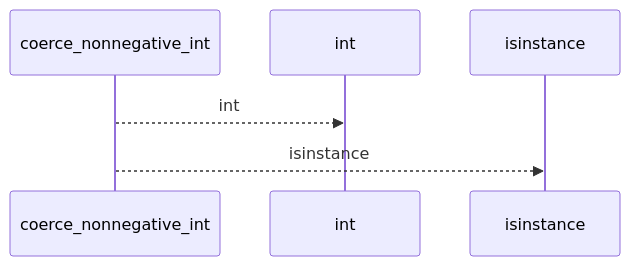
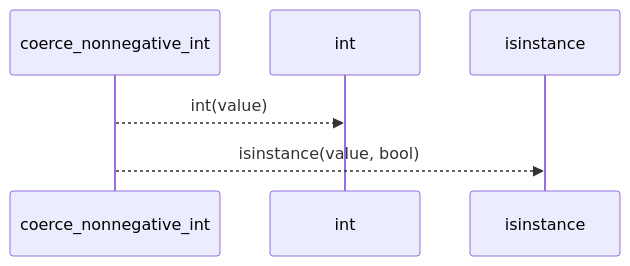
The first of 2 diagrams in docs/llm_wiki/flows/api-coerce_nonnegative_int.md (Denissvgn/python-wiki-llm), drawn with Mermaid before and after one commit. The commit also changed other lines of this file and 1410 other files, not shown here.

````diff
--- a/docs/llm_wiki/flows/api-coerce_nonnegative_int.md
+++ b/docs/llm_wiki/flows/api-coerce_nonnegative_int.md
@@ -10,8 +12,8 @@
 ```mermaid
 sequenceDiagram
     participant p0 as coerce_nonnegative_int
     participant p1 as int
     participant p2 as isinstance
-    p0-->>p1: int
-    p0-->>p2: isinstance
+    p0-->>p1: int(value)
+    p0-->>p2: isinstance(value, bool)
 ```
````
